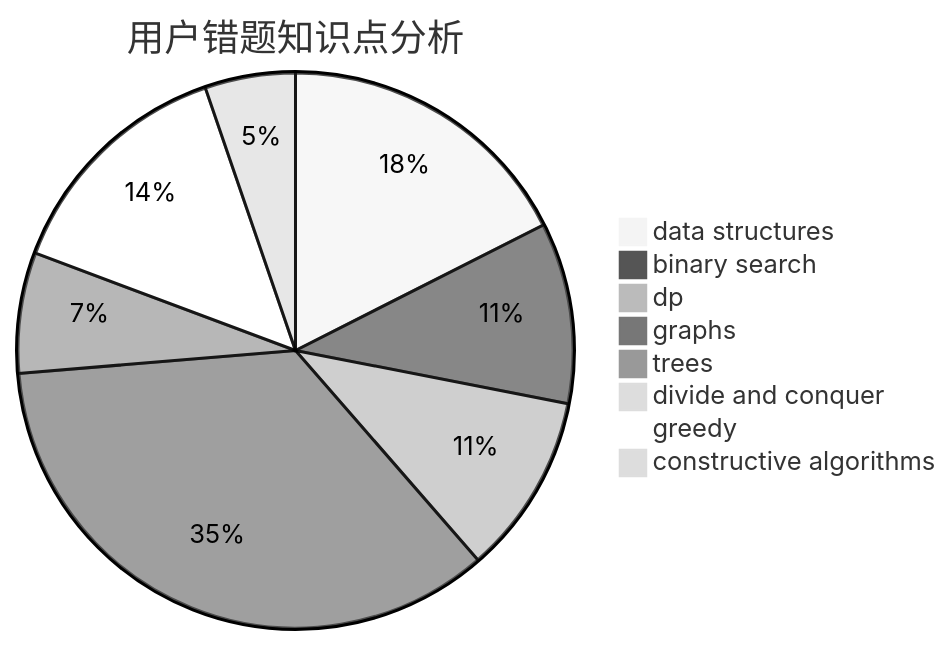
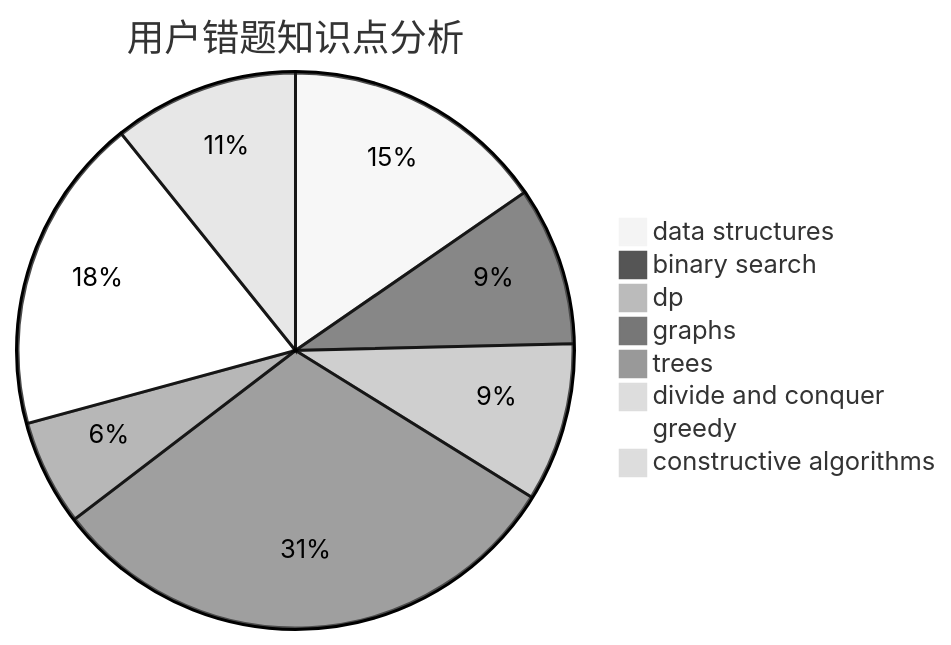
One commit to sherpahu/cfrs.github.io changed the third of 3 diagrams in docs/user/u513.md. Above: the diagram before and after it, drawn with Mermaid (neutral theme). The commit also changed other lines of this file and 2770 other files, not shown here.

````diff
--- a/docs/user/u513.md
+++ b/docs/user/u513.md
@@ -36,11 +36,11 @@
 ```mermaid
 pie title 用户错题知识点分析
     "data structures" :  10
     "binary search" :  6
     "dp" :  6
     "graphs" :  20
     "trees" :  4
     "divide and conquer" :  0
-    "greedy" :  8
-    "constructive algorithms" :  3
+    "greedy" :  12
+    "constructive algorithms" :  7
 ```
````
